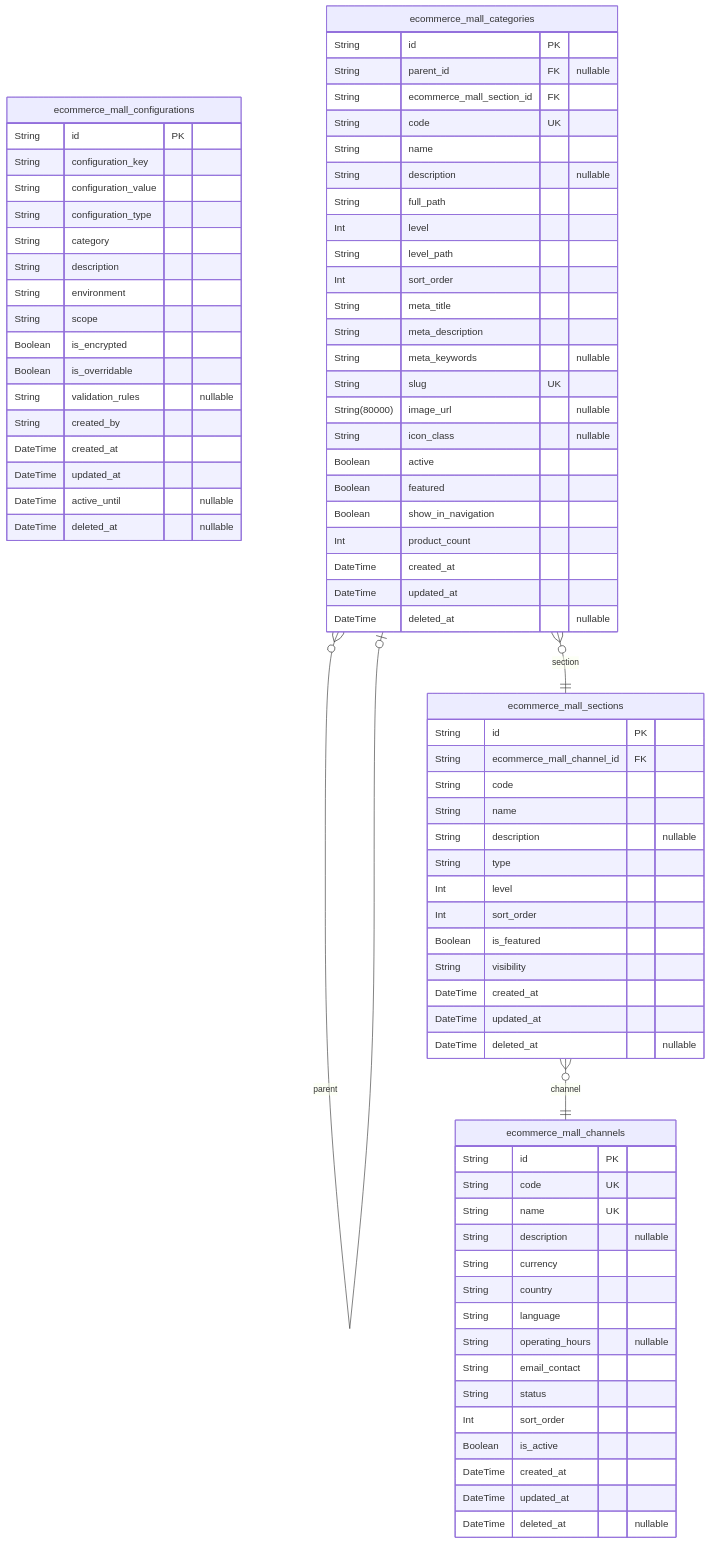
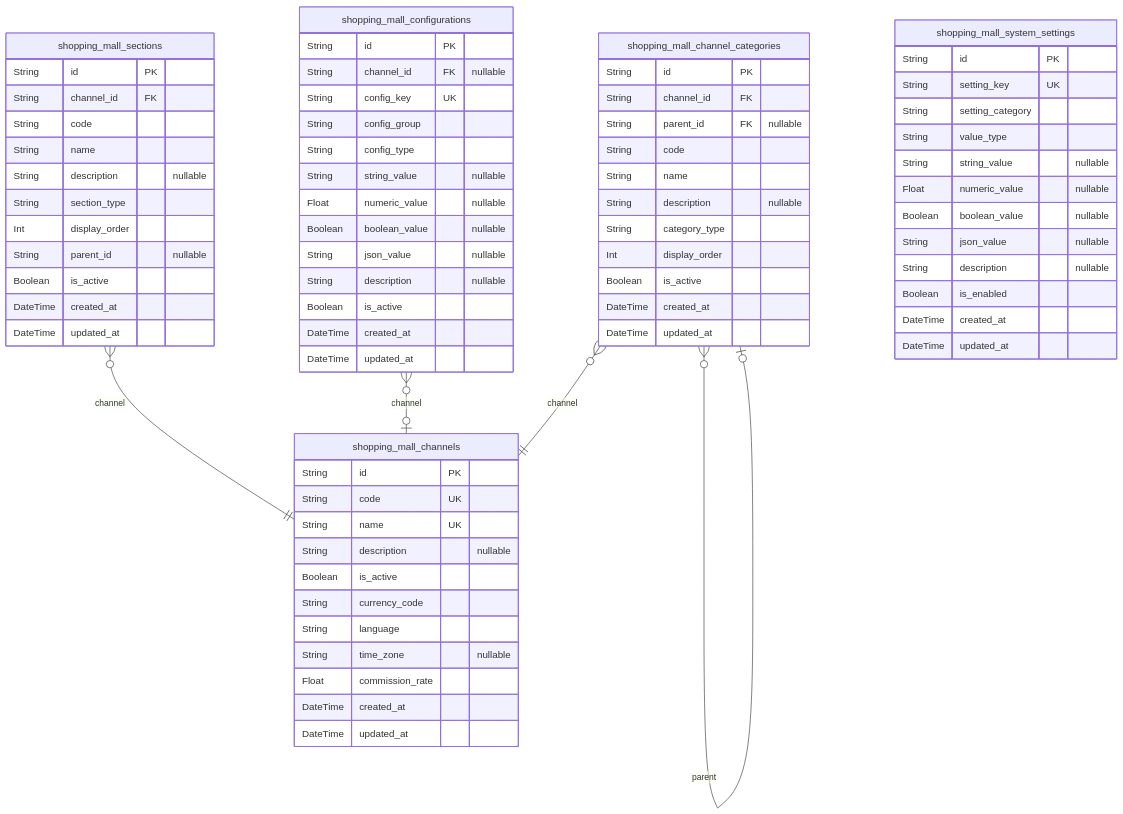
One commit to wrtnlabs/autobe-examples changed the first of 12 diagrams in moonshotai/kimi-k2-0905-exacto/shopping/docs/ERD.md. Above: the diagram before and after it, drawn with Mermaid. The commit also changed other lines of this file and 7173 other files, not shown here.

````diff
--- a/moonshotai/kimi-k2-0905-exacto/shopping/docs/ERD.md
+++ b/moonshotai/kimi-k2-0905-exacto/shopping/docs/ERD.md
@@ -19,81 +20,75 @@
 ```mermaid
 erDiagram
-"ecommerce_mall_channels" {
+"shopping_mall_channels" {
   String id PK
   String code UK
   String name UK
   String description "nullable"
-  String currency
-  String country
+  Boolean is_active
+  String currency_code
   String language
-  String operating_hours "nullable"
-  String email_contact
-  String status
-  Int sort_order
+  String time_zone "nullable"
+  Float commission_rate
+  DateTime created_at
+  DateTime updated_at
+}
+"shopping_mall_sections" {
+  String id PK
+  String channel_id FK
+  String code
+  String name
+  String description "nullable"
+  String section_type
+  Int display_order
+  String parent_id "nullable"
   Boolean is_active
   DateTime created_at
   DateTime updated_at
-  DateTime deleted_at "nullable"
 }
-"ecommerce_mall_sections" {
+"shopping_mall_channel_categories" {
   String id PK
-  String ecommerce_mall_channel_id FK
+  String channel_id FK
+  String parent_id FK "nullable"
   String code
   String name
   String description "nullable"
-  String type
-  Int level
-  Int sort_order
-  Boolean is_featured
-  String visibility
+  String category_type
+  Int display_order
+  Boolean is_active
   DateTime created_at
   DateTime updated_at
-  DateTime deleted_at "nullable"
 }
-"ecommerce_mall_configurations" {
+"shopping_mall_configurations" {
   String id PK
-  String configuration_key
-  String configuration_value
-  String configuration_type
-  String category
-  String description
-  String environment
-  String scope
-  Boolean is_encrypted
-  Boolean is_overridable
-  String validation_rules "nullable"
-  String created_by
+  String channel_id FK "nullable"
+  String config_key UK
+  String config_group
+  String config_type
+  String string_value "nullable"
+  Float numeric_value "nullable"
+  Boolean boolean_value "nullable"
+  String json_value "nullable"
+  String description "nullable"
+  Boolean is_active
   DateTime created_at
   DateTime updated_at
-  DateTime active_until "nullable"
-  DateTime deleted_at "nullable"
 }
-"ecommerce_mall_categories" {
+"shopping_mall_system_settings" {
   String id PK
-  String parent_id FK "nullable"
-  String ecommerce_mall_section_id FK
-  String code UK
-  String name
+  String setting_key UK
+  String setting_category
+  String value_type
+  String string_value "nullable"
+  Float numeric_value "nullable"
+  Boolean boolean_value "nullable"
+  String json_value "nullable"
   String description "nullable"
-  String full_path
-  Int level
-  String level_path
-  Int sort_order
-  String meta_title
-  String meta_description
-  String meta_keywords "nullable"
-  String slug UK
-  String(80000) image_url "nullable"
-  String icon_class "nullable"
-  Boolean active
-  Boolean featured
-  Boolean show_in_navigation
-  Int product_count
+  Boolean is_enabled
   DateTime created_at
   DateTime updated_at
-  DateTime deleted_at "nullable"
 }
-"ecommerce_mall_sections" }o--|| "ecommerce_mall_channels" : channel
-"ecommerce_mall_categories" }o--o| "ecommerce_mall_categories" : parent
-"ecommerce_mall_categories" }o--|| "ecommerce_mall_sections" : section
+"shopping_mall_sections" }o--|| "shopping_mall_channels" : channel
+"shopping_mall_channel_categories" }o--|| "shopping_mall_channels" : channel
+"shopping_mall_channel_categories" }o--o| "shopping_mall_channel_categories" : parent
+"shopping_mall_configurations" }o--o| "shopping_mall_channels" : channel
 ```
````
